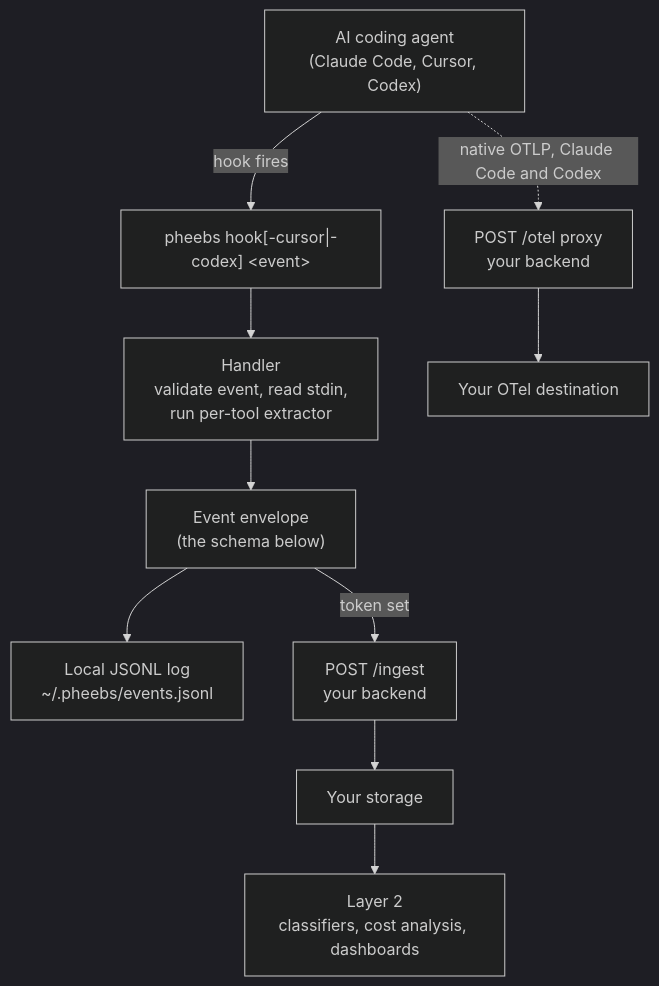
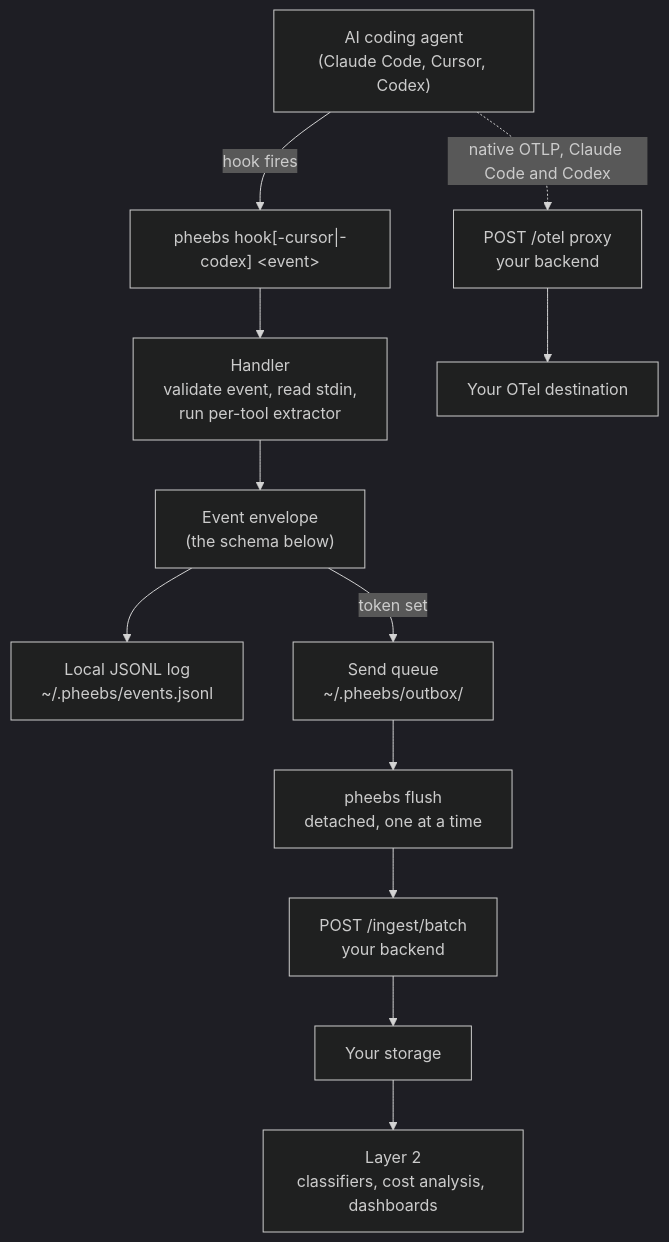
One commit to Eversynced/pheebs changed the diagram in docs/architecture.md. Above: the diagram before and after it, drawn with Mermaid (dark theme). The commit also changed other lines of this file and 3 other files, not shown here.

First line of the commit message:
docs: describe queued delivery, the send queue and event_id

````diff
--- a/docs/architecture.md
+++ b/docs/architecture.md
@@ -7,12 +7,14 @@
 ```mermaid
 flowchart TD
     A["AI coding agent<br/>(Claude Code, Cursor, Codex)"] -->|hook fires| B["pheebs hook[-cursor|-codex] &lt;event&gt;"]
     B --> C["Handler<br/>validate event, read stdin,<br/>run per-tool extractor"]
     C --> D["Event envelope<br/>(the schema below)"]
     D --> E["Local JSONL log<br/>~/.pheebs/events.jsonl"]
-    D -->|token set| F["POST /ingest<br/>your backend"]
+    D -->|token set| Q["Send queue<br/>~/.pheebs/outbox/"]
+    Q --> R["pheebs flush<br/>detached, one at a time"]
+    R --> F["POST /ingest/batch<br/>your backend"]
     A -.->|native OTLP, Claude Code and Codex| G["POST /otel proxy<br/>your backend"]
     F --> H["Your storage"]
     G --> I["Your OTel destination"]
     H --> J["Layer 2<br/>classifiers, cost analysis, dashboards"]
 ```
````
